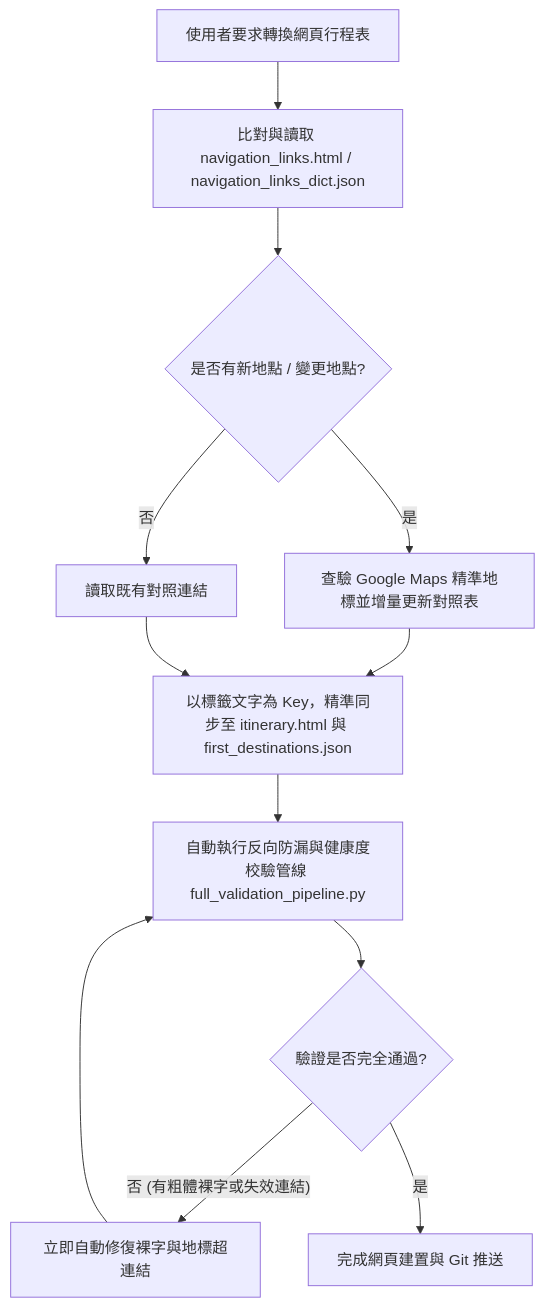
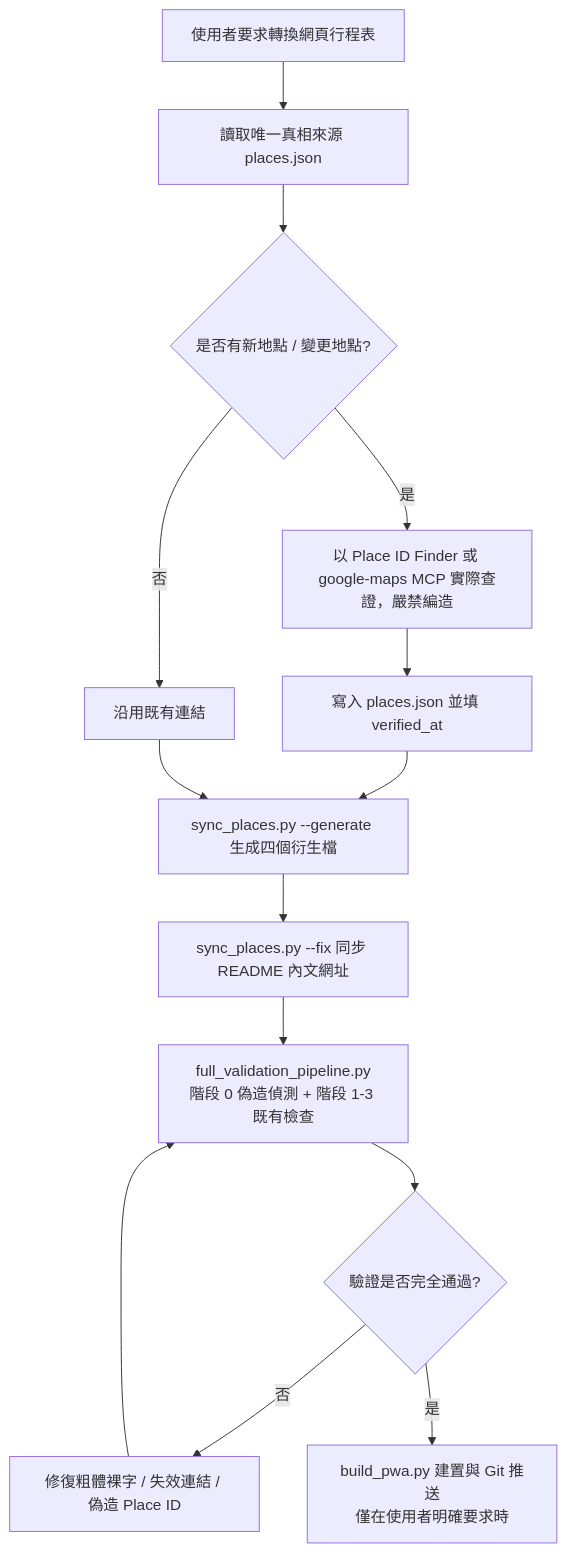
The diagram in .agents/skills/generate-travel-itinerary/SKILL.md (owenpeng811/2026tokyo), drawn with Mermaid before and after one commit. The commit also changed other lines of this file and 19 other files, not shown here.

First line of the commit message:
feat(nav): 建立 places.json 單一真相來源與 Place ID 偽造偵測，重整導航連結維護流程

````diff
--- a/.agents/skills/generate-travel-itinerary/SKILL.md
+++ b/.agents/skills/generate-travel-itinerary/SKILL.md
@@ -110,14 +144,16 @@
 ```mermaid
 flowchart TD
-    A[使用者要求轉換網頁行程表] --> B[比對與讀取 navigation_links.html / navigation_links_dict.json]
+    A[使用者要求轉換網頁行程表] --> B[讀取唯一真相來源 places.json]
     B --> C{是否有新地點 / 變更地點?}
-    C -- 是 --> D[查驗 Google Maps 精準地標並增量更新對照表]
-    C -- 否 --> E[讀取既有對照連結]
-    D --> F[以標籤文字為 Key，精準同步至 itinerary.html 與 first_destinations.json]
+    C -- 是 --> D[以 Place ID Finder 或 google-maps MCP 實際查證，嚴禁編造]
+    D --> D2[寫入 places.json 並填 verified_at]
+    C -- 否 --> E[沿用既有連結]
+    D2 --> F[sync_places.py --generate 生成四個衍生檔]
     E --> F
-    F --> G[自動執行反向防漏與健康度校驗管線 full_validation_pipeline.py]
+    F --> F2[sync_places.py --fix 同步 README 內文網址]
+    F2 --> G[full_validation_pipeline.py<br/>階段 0 偽造偵測 + 階段 1-3 既有檢查]
     G --> H{驗證是否完全通過?}
-    H -- 否 (有粗體裸字或失效連結) --> I[立即自動修復裸字與地標超連結]
+    H -- 否 --> I[修復粗體裸字 / 失效連結 / 偽造 Place ID]
     I --> G
-    H -- 是 --> J[完成網頁建置與 Git 推送]
+    H -- 是 --> J[build_pwa.py 建置與 Git 推送<br/>僅在使用者明確要求時]
 ```
````
